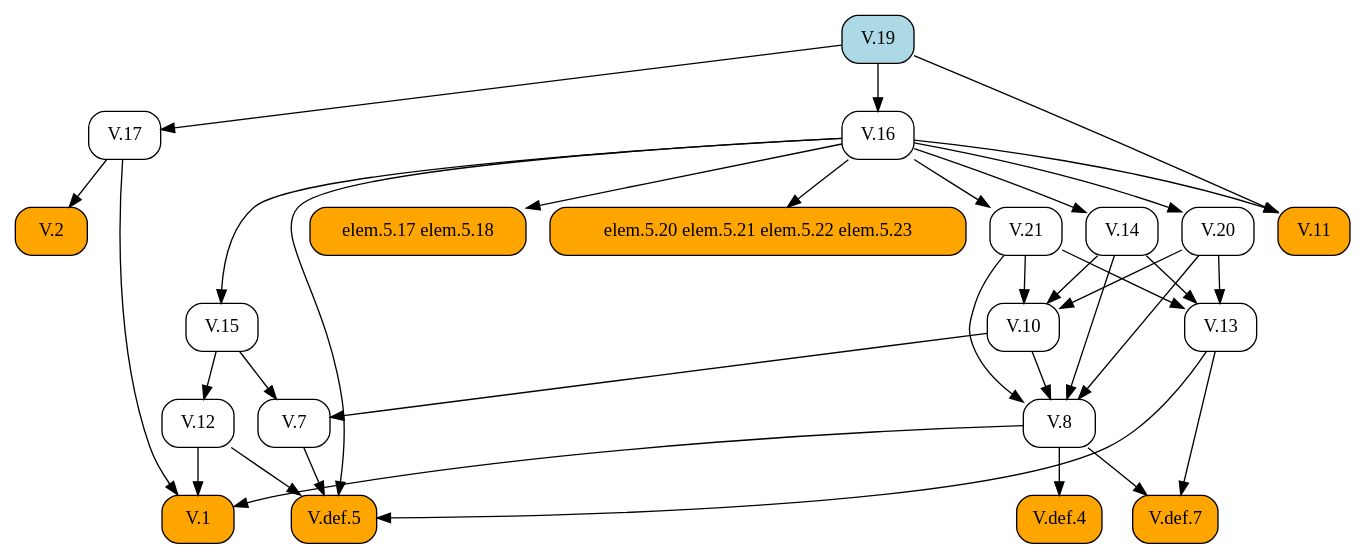
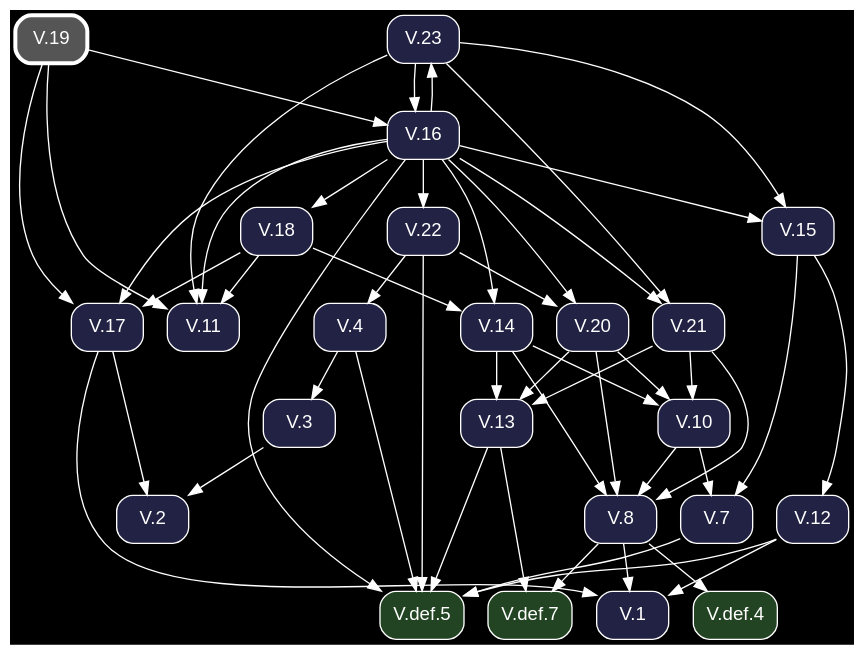
Before and after one commit to geometor/elements: the diagram in docsrc/heath/V/19/index.rst, drawn with Graphviz. The commit also changed other lines of this file and 1200 other files, not shown here.

Commit message:
update dependency graphs

```diff
--- a/docsrc/heath/V/19/index.rst
+++ b/docsrc/heath/V/19/index.rst
@@ -56,60 +56,80 @@
 .. graphviz::
 
    digraph {
+     bgcolor="black";
+     node [shape=box, style="rounded,filled", fontname="Helvetica", color="white", fontcolor="white"];
+     edge [color="white", fontcolor="white"];
      rankdir="TB";
-     node [shape=box, style=rounded];
-     "V.16" [URL="/heath/V/16/", target="_top"];
-     "V.2" [style="rounded,filled", fillcolor=orange, URL="/heath/V/2/", target="_top"];
-     "V.def.7" [style="rounded,filled", fillcolor=orange, URL="/heath/V/def.7/", target="_top"];
-     "V.21" [URL="/heath/V/21/", target="_top"];
-     "V.13" [URL="/heath/V/13/", target="_top"];
-     "V.7" [URL="/heath/V/7/", target="_top"];
-     "elem.5.17 elem.5.18" [style="rounded,filled", fillcolor=orange];
-     "V.14" [URL="/heath/V/14/", target="_top"];
-     "V.19" [style="rounded,filled", fillcolor=lightblue, URL="/heath/V/19/", target="_top"];
-     "V.def.5" [style="rounded,filled", fillcolor=orange, URL="/heath/V/def.5/", target="_top"];
-     "V.8" [URL="/heath/V/8/", target="_top"];
-     "V.10" [URL="/heath/V/10/", target="_top"];
-     "V.17" [URL="/heath/V/17/", target="_top"];
-     "V.1" [style="rounded,filled", fillcolor=orange, URL="/heath/V/1/", target="_top"];
-     "V.20" [URL="/heath/V/20/", target="_top"];
-     "V.15" [URL="/heath/V/15/", target="_top"];
-     "V.11" [style="rounded,filled", fillcolor=orange, URL="/heath/V/11/", target="_top"];
-     "elem.5.20 elem.5.21 elem.5.22 elem.5.23" [style="rounded,filled", fillcolor=orange];
-     "V.12" [URL="/heath/V/12/", target="_top"];
-     "V.def.4" [style="rounded,filled", fillcolor=orange, URL="/heath/V/def.4/", target="_top"];
-     "V.19" -> "V.16";
-     "V.17" -> "V.2";
-     "V.8" -> "V.def.7";
-     "V.13" -> "V.def.7";
-     "V.16" -> "V.21";
-     "V.14" -> "V.13";
-     "V.20" -> "V.13";
-     "V.21" -> "V.13";
-     "V.10" -> "V.7";
-     "V.15" -> "V.7";
-     "V.16" -> "elem.5.17 elem.5.18";
-     "V.16" -> "V.14";
+     "V.15" [fillcolor="#222244", URL="/heath/V/15/", target="_top"];
+     "V.def.5" [fillcolor="#224422", URL="/heath/V/def.5/", target="_top"];
+     "V.22" [fillcolor="#222244", URL="/heath/V/22/", target="_top"];
+     "V.11" [fillcolor="#222244", URL="/heath/V/11/", target="_top"];
+     "V.def.7" [fillcolor="#224422", URL="/heath/V/def.7/", target="_top"];
+     "V.12" [fillcolor="#222244", URL="/heath/V/12/", target="_top"];
+     "V.def.4" [fillcolor="#224422", URL="/heath/V/def.4/", target="_top"];
+     "V.20" [fillcolor="#222244", URL="/heath/V/20/", target="_top"];
+     "V.18" [fillcolor="#222244", URL="/heath/V/18/", target="_top"];
+     "V.14" [fillcolor="#222244", URL="/heath/V/14/", target="_top"];
+     "V.23" [fillcolor="#222244", URL="/heath/V/23/", target="_top"];
+     "V.2" [fillcolor="#222244", URL="/heath/V/2/", target="_top"];
+     "V.1" [fillcolor="#222244", URL="/heath/V/1/", target="_top"];
+     "V.4" [fillcolor="#222244", URL="/heath/V/4/", target="_top"];
+     "V.13" [fillcolor="#222244", URL="/heath/V/13/", target="_top"];
+     "V.16" [fillcolor="#222244", URL="/heath/V/16/", target="_top"];
+     "V.21" [fillcolor="#222244", URL="/heath/V/21/", target="_top"];
+     "V.8" [fillcolor="#222244", URL="/heath/V/8/", target="_top"];
+     "V.19" [penwidth=3, color="white", fillcolor="#555555", URL="/heath/V/19/", target="_top"];
+     "V.7" [fillcolor="#222244", URL="/heath/V/7/", target="_top"];
+     "V.3" [fillcolor="#222244", URL="/heath/V/3/", target="_top"];
+     "V.17" [fillcolor="#222244", URL="/heath/V/17/", target="_top"];
+     "V.10" [fillcolor="#222244", URL="/heath/V/10/", target="_top"];
+     "V.16" -> "V.15";
+     "V.23" -> "V.15";
+     "V.4" -> "V.def.5";
      "V.7" -> "V.def.5";
      "V.12" -> "V.def.5";
      "V.13" -> "V.def.5";
      "V.16" -> "V.def.5";
+     "V.22" -> "V.def.5";
+     "V.16" -> "V.22";
+     "V.16" -> "V.11";
+     "V.18" -> "V.11";
+     "V.19" -> "V.11";
+     "V.23" -> "V.11";
+     "V.8" -> "V.def.7";
+     "V.13" -> "V.def.7";
+     "V.15" -> "V.12";
+     "V.8" -> "V.def.4";
+     "V.16" -> "V.20";
+     "V.22" -> "V.20";
+     "V.16" -> "V.18";
+     "V.16" -> "V.14";
+     "V.18" -> "V.14";
+     "V.16" -> "V.23";
+     "V.3" -> "V.2";
+     "V.17" -> "V.2";
+     "V.8" -> "V.1";
+     "V.12" -> "V.1";
+     "V.17" -> "V.1";
+     "V.22" -> "V.4";
+     "V.14" -> "V.13";
+     "V.20" -> "V.13";
+     "V.21" -> "V.13";
+     "V.19" -> "V.16";
+     "V.23" -> "V.16";
+     "V.16" -> "V.21";
+     "V.23" -> "V.21";
      "V.10" -> "V.8";
      "V.14" -> "V.8";
      "V.20" -> "V.8";
      "V.21" -> "V.8";
+     "V.10" -> "V.7";
+     "V.15" -> "V.7";
+     "V.4" -> "V.3";
+     "V.16" -> "V.17";
+     "V.18" -> "V.17";
+     "V.19" -> "V.17";
      "V.14" -> "V.10";
      "V.20" -> "V.10";
      "V.21" -> "V.10";
-     "V.19" -> "V.17";
-     "V.8" -> "V.1";
-     "V.12" -> "V.1";
-     "V.17" -> "V.1";
-     "V.16" -> "V.20";
-     "V.16" -> "V.15";
-     "V.16" -> "V.11";
-     "V.19" -> "V.11";
-     "V.16" -> "elem.5.20 elem.5.21 elem.5.22 elem.5.23";
-     "V.15" -> "V.12";
-     "V.8" -> "V.def.4";
    }
```
